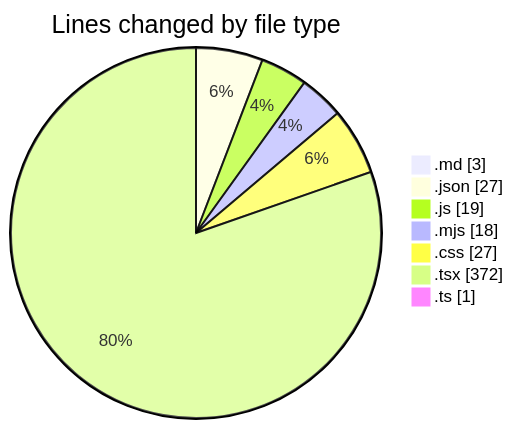
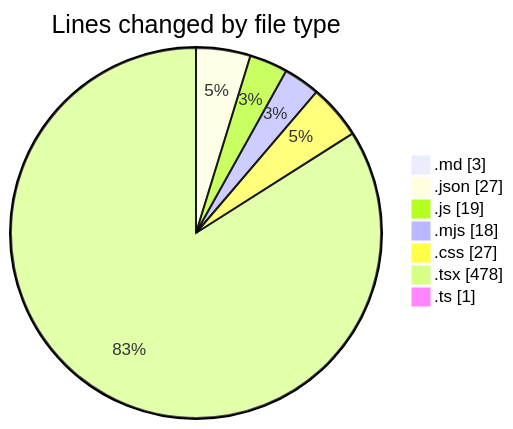
Before and after one commit to Ritupan-Deka/code-tracking: the first of 2 diagrams in 2025-06-18/scopesketch-app/README.md, drawn with Mermaid. The commit also changed other lines of this file and 1 other file, not shown here.

````diff
--- a/2025-06-18/scopesketch-app/README.md
+++ b/2025-06-18/scopesketch-app/README.md
@@ -27,11 +27,11 @@
 ```mermaid
 pie showData
 title Lines changed by file type
 ".md" : 3
 ".json" : 27
 ".js" : 19
 ".mjs" : 18
 ".css" : 27
-".tsx" : 372
+".tsx" : 478
 ".ts" : 1
 ```
````
